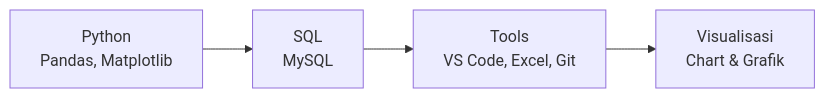
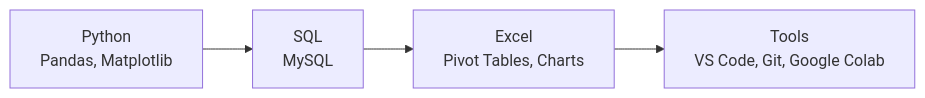
One commit to Jojonakesy/Jojonakesy changed the diagram in README.md. Above: the diagram before and after it, drawn with Mermaid. The commit also changed other lines of this file, not shown here.

````diff
--- a/README.md
+++ b/README.md
@@ -15,6 +15,6 @@
 ```mermaid
 graph LR
     A[Python<br>Pandas, Matplotlib] --> B[SQL<br>MySQL]
-    B --> C[Tools<br>VS Code, Excel, Git]
-    C --> D[Visualisasi<br>Chart & Grafik]
+    B --> C[Excel<br>Pivot Tables, Charts]
+    C --> D[Tools<br>VS Code, Git, Google Colab]
 ```
````
